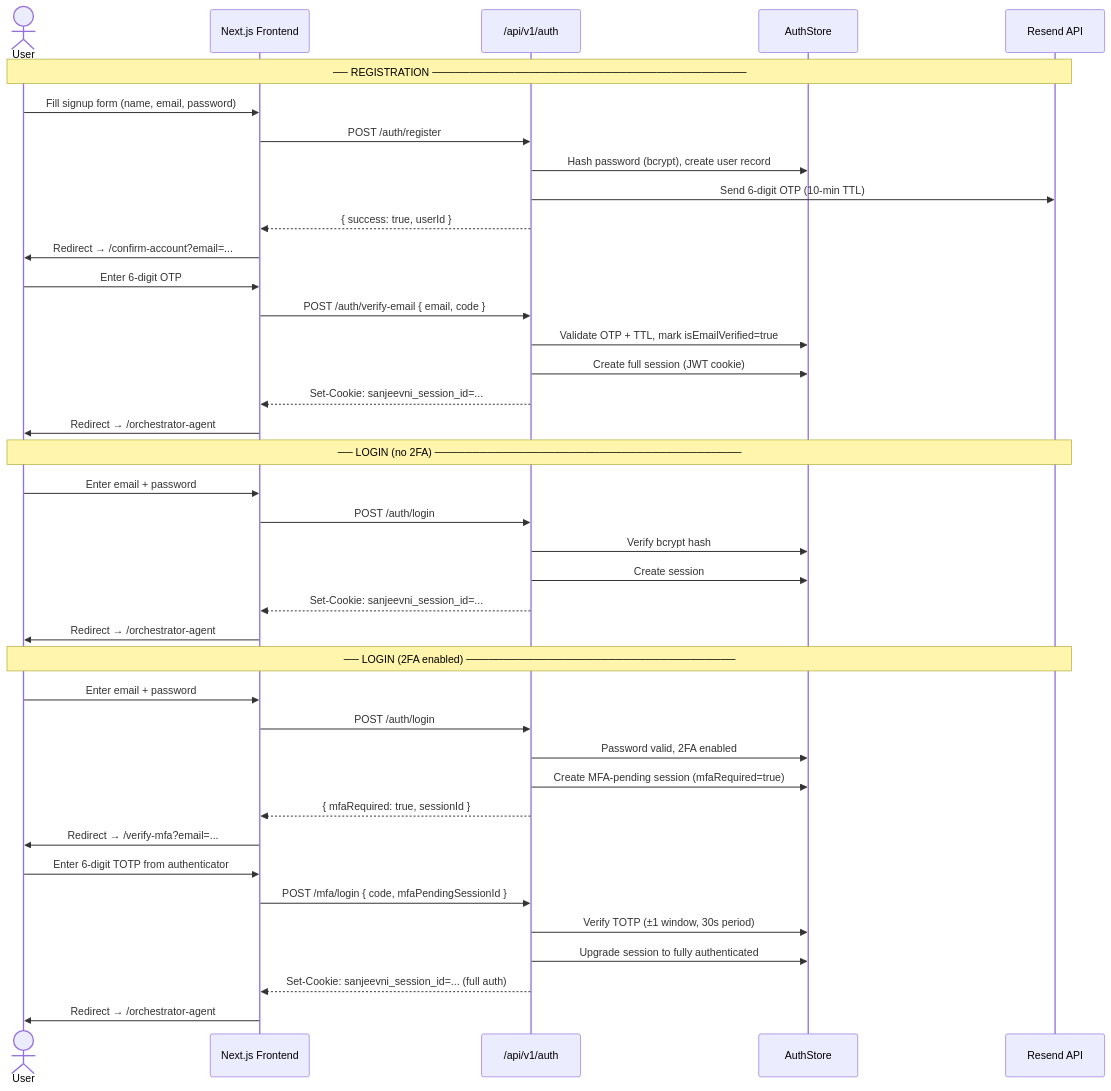
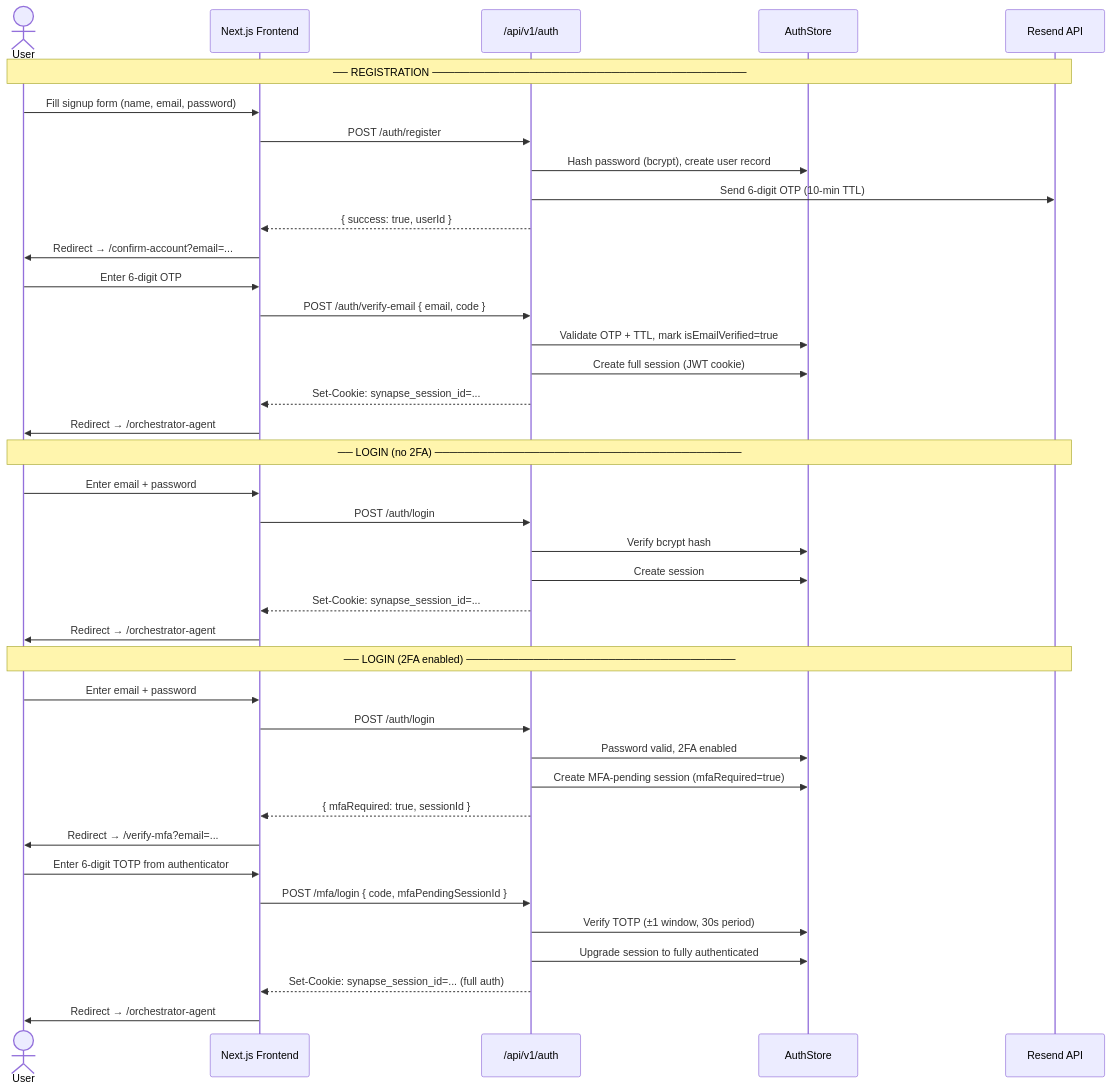
The second of 4 diagrams in docs/2FA.md (Rachit-Tiwari-7/SYNAPSE-OS), drawn with Mermaid before and after one commit. The commit also changed other lines of this file and 54 other files, not shown here.

````diff
--- a/docs/2FA.md
+++ b/docs/2FA.md
@@ -140,49 +140,49 @@
 ```mermaid
 sequenceDiagram
     actor U as User
     participant FE as Next.js Frontend
     participant API as /api/v1/auth
     participant Store as AuthStore
     participant Email as Resend API
 
     Note over U,Email: ── REGISTRATION ──────────────────────────────────────────
 
     U->>FE: Fill signup form (name, email, password)
     FE->>API: POST /auth/register
     API->>Store: Hash password (bcrypt), create user record
     API->>Email: Send 6-digit OTP (10-min TTL)
     API-->>FE: { success: true, userId }
     FE->>U: Redirect → /confirm-account?email=...
 
     U->>FE: Enter 6-digit OTP
     FE->>API: POST /auth/verify-email { email, code }
     API->>Store: Validate OTP + TTL, mark isEmailVerified=true
     API->>Store: Create full session (JWT cookie)
-    API-->>FE: Set-Cookie: sanjeevni_session_id=...
+    API-->>FE: Set-Cookie: synapse_session_id=...
     FE->>U: Redirect → /orchestrator-agent
 
     Note over U,Email: ── LOGIN (no 2FA) ─────────────────────────────────────────
 
     U->>FE: Enter email + password
     FE->>API: POST /auth/login
     API->>Store: Verify bcrypt hash
     API->>Store: Create session
-    API-->>FE: Set-Cookie: sanjeevni_session_id=...
+    API-->>FE: Set-Cookie: synapse_session_id=...
     FE->>U: Redirect → /orchestrator-agent
 
     Note over U,Email: ── LOGIN (2FA enabled) ────────────────────────────────────
 
     U->>FE: Enter email + password
     FE->>API: POST /auth/login
     API->>Store: Password valid, 2FA enabled
     API->>Store: Create MFA-pending session (mfaRequired=true)
     API-->>FE: { mfaRequired: true, sessionId }
     FE->>U: Redirect → /verify-mfa?email=...
 
     U->>FE: Enter 6-digit TOTP from authenticator
     FE->>API: POST /mfa/login { code, mfaPendingSessionId }
     API->>Store: Verify TOTP (±1 window, 30s period)
     API->>Store: Upgrade session to fully authenticated
-    API-->>FE: Set-Cookie: sanjeevni_session_id=... (full auth)
+    API-->>FE: Set-Cookie: synapse_session_id=... (full auth)
     FE->>U: Redirect → /orchestrator-agent
 ```
````
